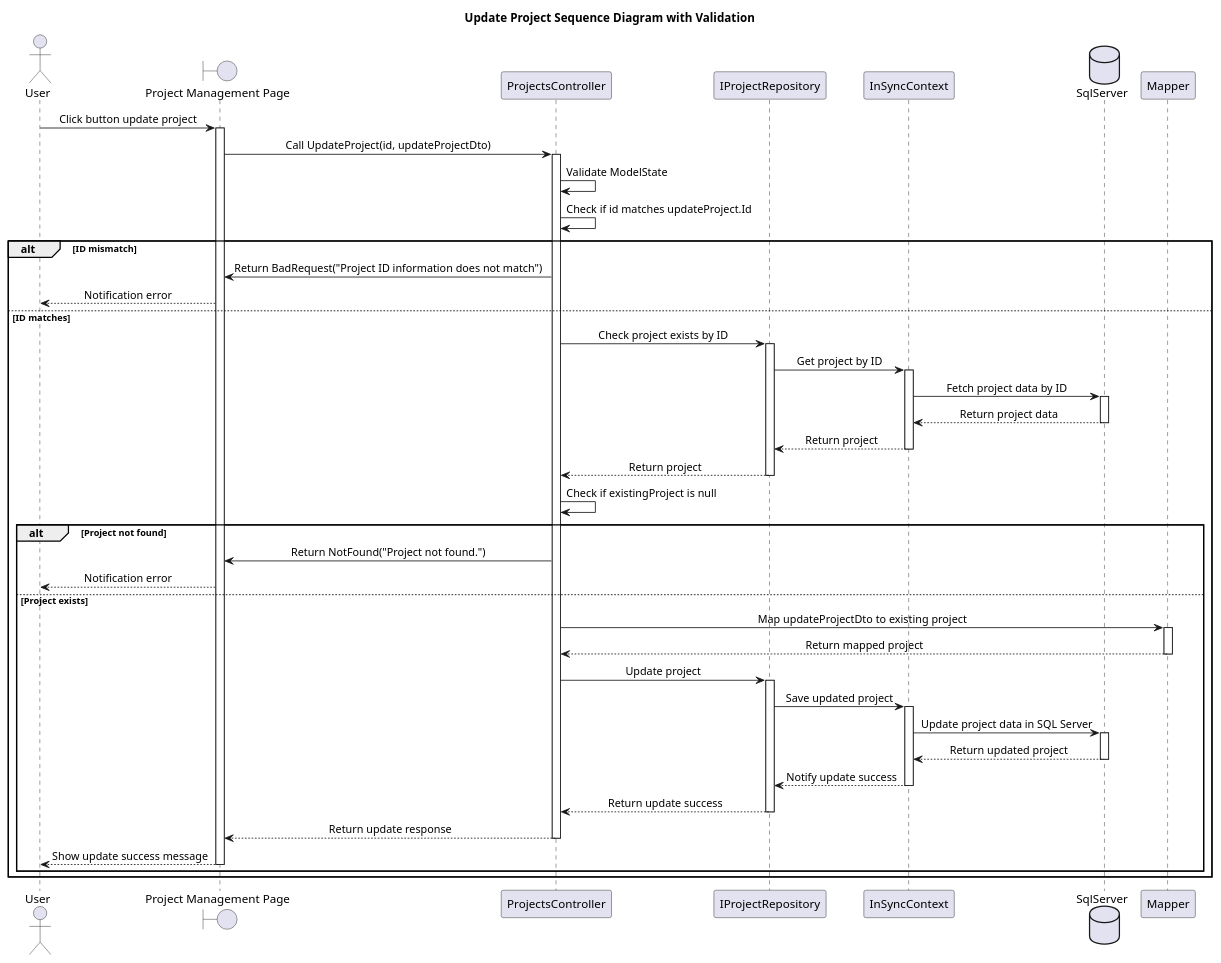
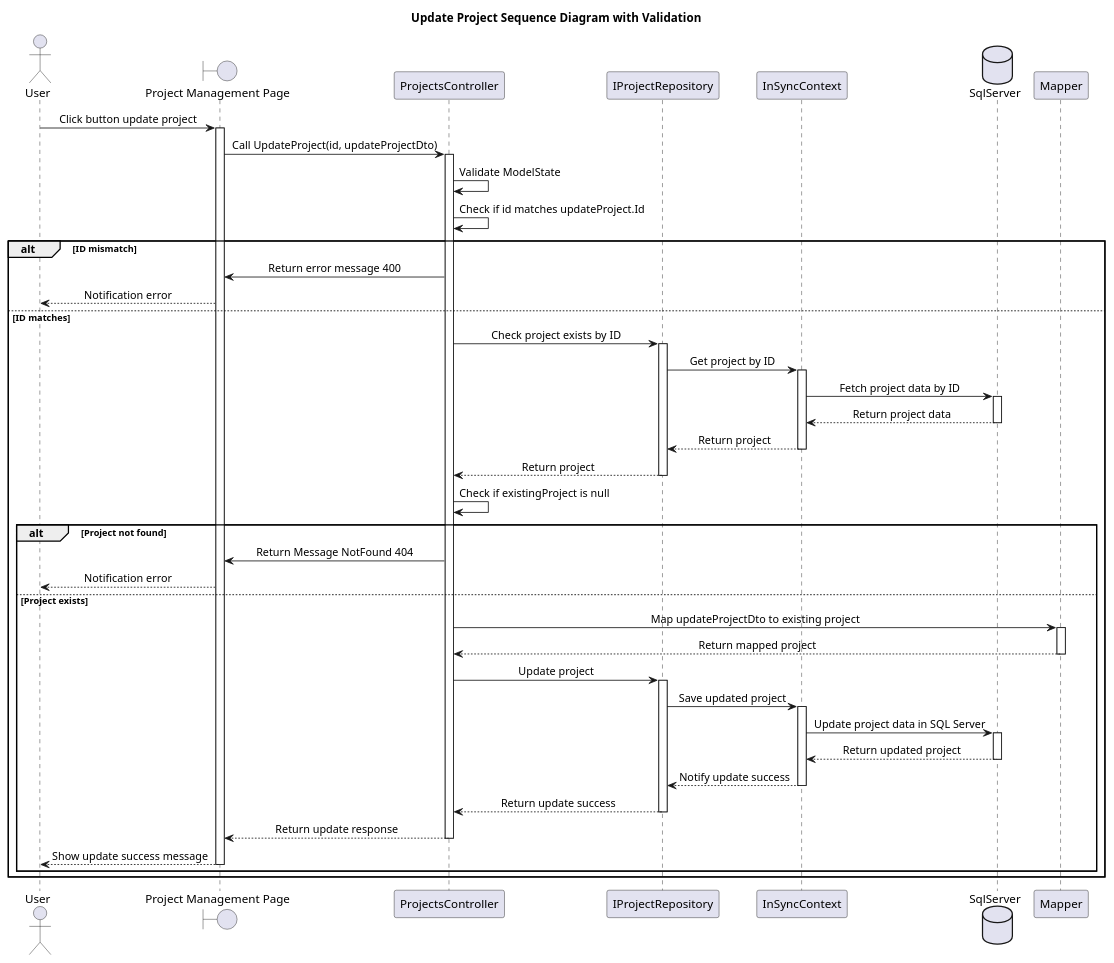
One commit to Caothuludau/InSyncDocument changed the diagram in ClassDiagram/ProjectManagement/UpdateProjectSequenceDiagram.plantuml. Above: the diagram before and after it, drawn with PlantUML. The commit also changed 19 other files, not shown here.

```diff
--- a/ClassDiagram/ProjectManagement/UpdateProjectSequenceDiagram.plantuml
+++ b/ClassDiagram/ProjectManagement/UpdateProjectSequenceDiagram.plantuml
@@ -1,69 +1,69 @@
 @startuml
 skinparam classAttributeIconSize 0
 skinparam SequenceMessageAlignment center
 Title Update Project Sequence Diagram with Validation
 
 actor "User" as U
 boundary "Project Management Page" as Hp
 participant "ProjectsController" as ProController
 participant "IProjectRepository" as IProRepo
 participant "InSyncContext" as ISContext
 database "SqlServer" as Db
 participant "Mapper" as Mapper
 
 U -> Hp : Click button update project
 activate Hp
 
 Hp -> ProController : Call UpdateProject(id, updateProjectDto)
 activate ProController
 ProController -> ProController : Validate ModelState
 ProController -> ProController : Check if id matches updateProject.Id
 alt ID mismatch
-    ProController -> Hp : Return BadRequest("Project ID information does not match")
+    ProController -> Hp : Return error message 400
 
     Hp --> U : Notification error   
 else ID matches
     ProController -> IProRepo : Check project exists by ID
     activate IProRepo
     IProRepo -> ISContext : Get project by ID
     activate ISContext
     ISContext -> Db : Fetch project data by ID
     activate Db
     Db --> ISContext : Return project data
     deactivate Db
     ISContext --> IProRepo : Return project
     deactivate ISContext
     IProRepo --> ProController : Return project
     deactivate IProRepo
 
     ProController -> ProController : Check if existingProject is null
     alt Project not found
-        ProController -> Hp : Return NotFound("Project not found.")
+        ProController -> Hp : Return Message NotFound 404
         Hp --> U : Notification error
     else Project exists
         ProController -> Mapper : Map updateProjectDto to existing project
         activate Mapper
         Mapper --> ProController : Return mapped project
         deactivate Mapper
 
         ProController -> IProRepo : Update project
         activate IProRepo
         IProRepo -> ISContext : Save updated project
         activate ISContext
         ISContext -> Db : Update project data in SQL Server
         activate Db
         Db --> ISContext : Return updated project
         deactivate Db
         ISContext --> IProRepo : Notify update success
         deactivate ISContext
         IProRepo --> ProController : Return update success
         deactivate IProRepo
 
         ProController --> Hp : Return update response
         deactivate ProController
         Hp --> U : Show update success message
         deactivate Hp
     end
 end
 
 @enduml
```
